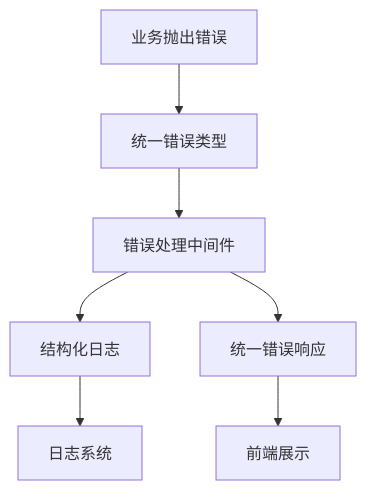
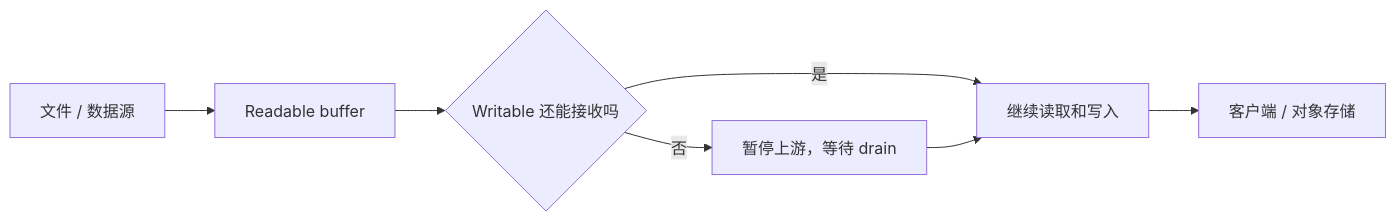
Diagram 19 of 27 in docs/node/visual-guide.md (yokry-he/yok-study-web), drawn with Mermaid before and after one commit. The commit also changed other lines of this file and 14 other files, not shown here.

````diff
--- a/docs/node/visual-guide.md
+++ b/docs/node/visual-guide.md
@@ -114,9 +383,9 @@
 ```mermaid
-flowchart TD
-  A[业务抛出错误] --> B[统一错误类型]
-  B --> C[错误处理中间件]
-  C --> D[结构化日志]
-  C --> E[统一错误响应]
-  D --> F[日志系统]
-  E --> G[前端展示]
+flowchart LR
+  A["文件 / 数据源"] --> B["Readable buffer"]
+  B --> C{"Writable 还能接收吗"}
+  C -- "是" --> D["继续读取和写入"]
+  C -- "否" --> E["暂停上游，等待 drain"]
+  E --> D
+  D --> F["客户端 / 对象存储"]
 ```
````
